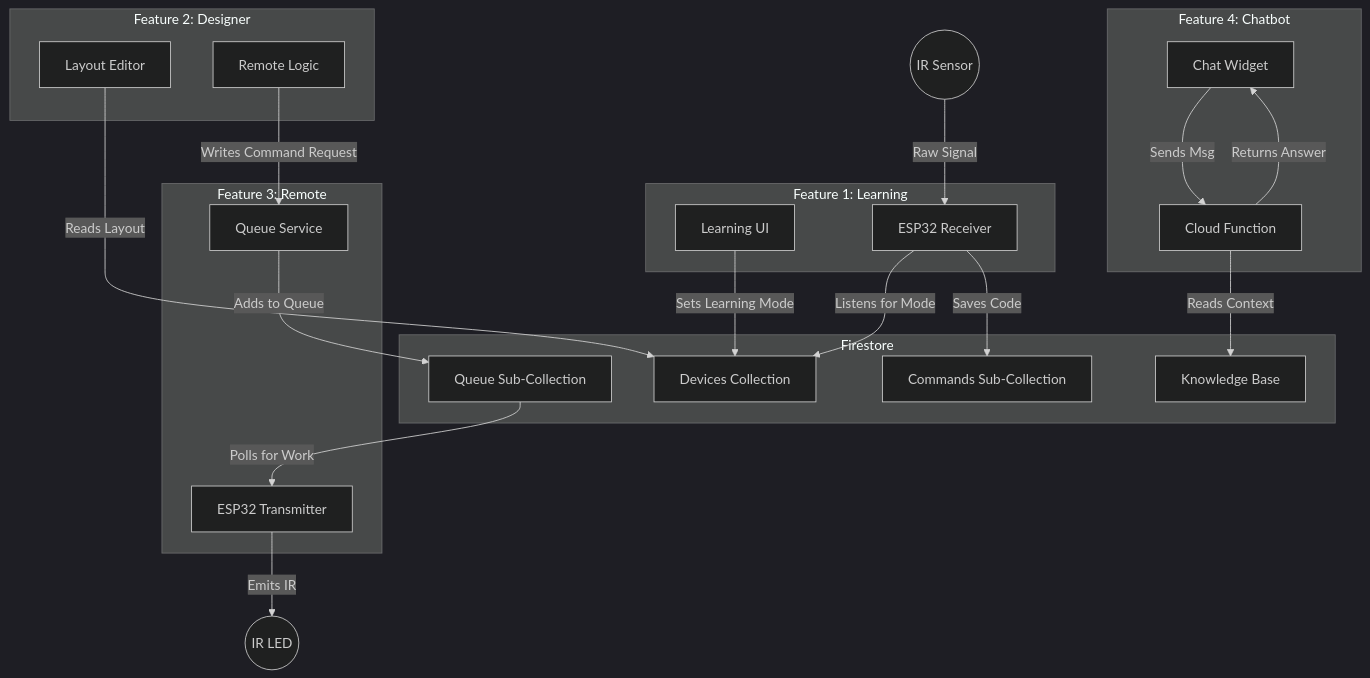
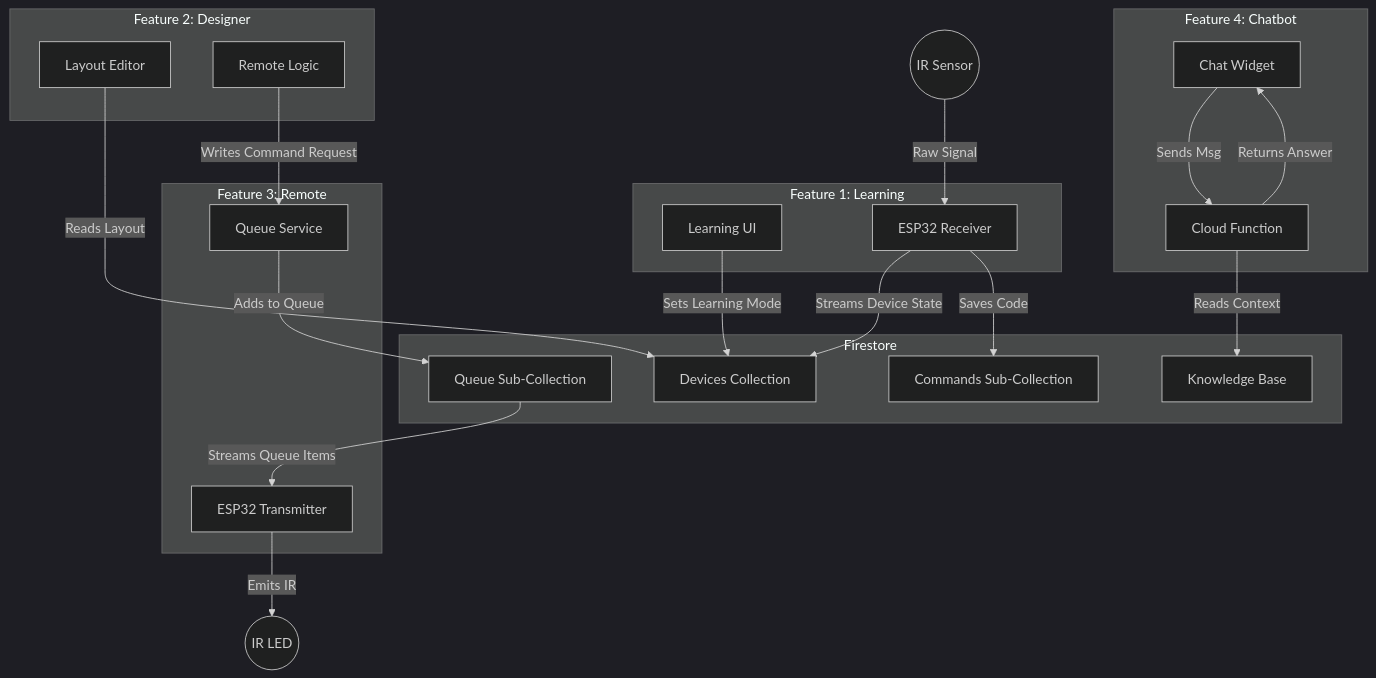
One commit to jj-link/Pulsr changed the first of 2 diagrams in ARCHITECTURE.md. Above: the diagram before and after it, drawn with Mermaid (dark theme). The commit also changed other lines of this file and 7 other files, not shown here.

First line of the commit message:
docs: update architecture and plans for Firestore streaming migration

````diff
--- a/ARCHITECTURE.md
+++ b/ARCHITECTURE.md
@@ -11,48 +11,48 @@
 ```mermaid
 graph TD
     %% Subsystems
     subgraph Feature2_Designer [Feature 2: Designer]
         UI_Designer[Layout Editor]
         UI_Remote[Remote Logic]
     end
 
     subgraph Feature3_Remote [Feature 3: Remote]
         QueueService[Queue Service]
         ESP_Tx[ESP32 Transmitter]
     end
 
     subgraph Feature1_Learning [Feature 1: Learning]
         UI_Learn[Learning UI]
         ESP_Rx[ESP32 Receiver]
     end
 
     subgraph Feature4_Chatbot [Feature 4: Chatbot]
         UI_Chat[Chat Widget]
         CloudFunc[Cloud Function]
     end
 
     %% Data Store
     subgraph Firestore
         Devices[Devices Collection]
         Commands[Commands Sub-Collection]
         Queue[Queue Sub-Collection]
         KB[Knowledge Base]
     end
 
     %% Connections
     UI_Designer -->|Reads Layout| Devices
     UI_Remote -->|Writes Command Request| QueueService
     QueueService -->|Adds to Queue| Queue
     
-    Queue -->|Polls for Work| ESP_Tx
+    Queue -->|Streams Queue Items| ESP_Tx
     ESP_Tx -->|Emits IR| IR_LED((IR LED))
 
     UI_Learn -->|Sets Learning Mode| Devices
-    ESP_Rx -->|Listens for Mode| Devices
+    ESP_Rx -->|Streams Device State| Devices
     IR_Sensor((IR Sensor)) -->|Raw Signal| ESP_Rx
     ESP_Rx -->|Saves Code| Commands
 
     UI_Chat -->|Sends Msg| CloudFunc
     CloudFunc -->|Reads Context| KB
     CloudFunc -->|Returns Answer| UI_Chat
 ```
````
